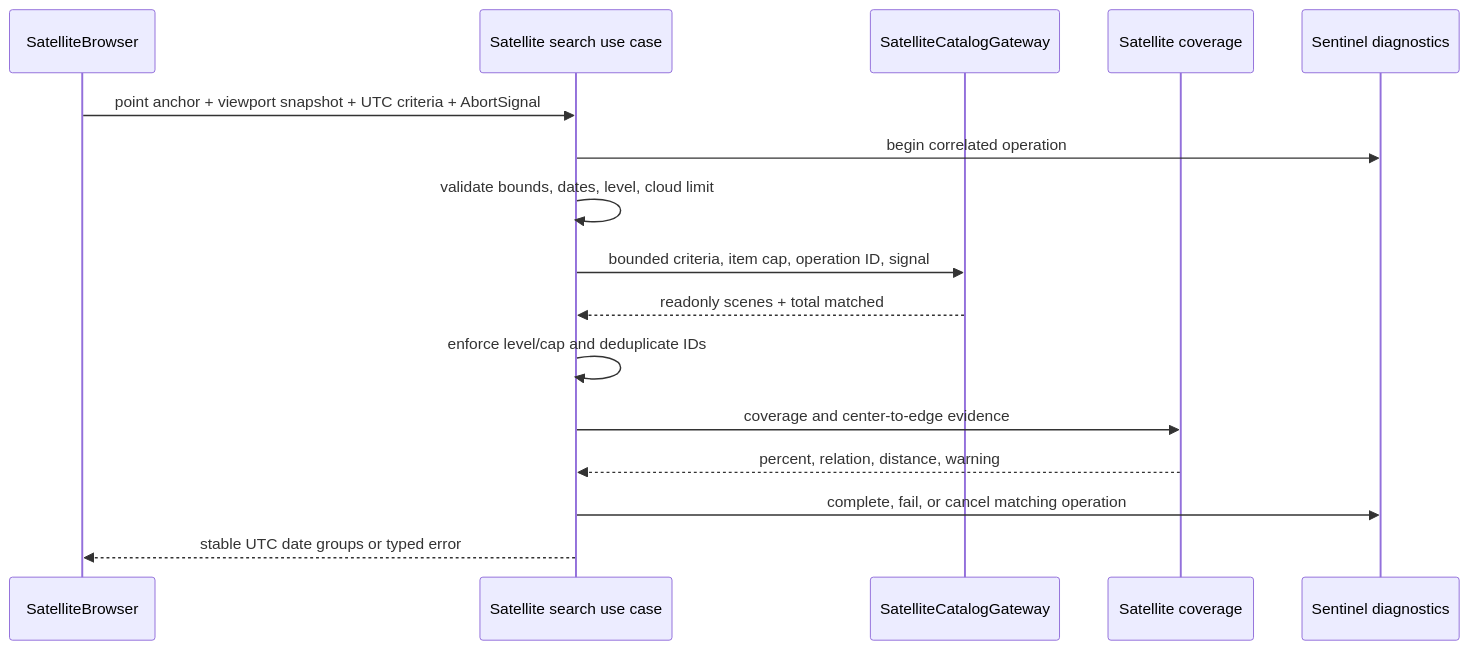
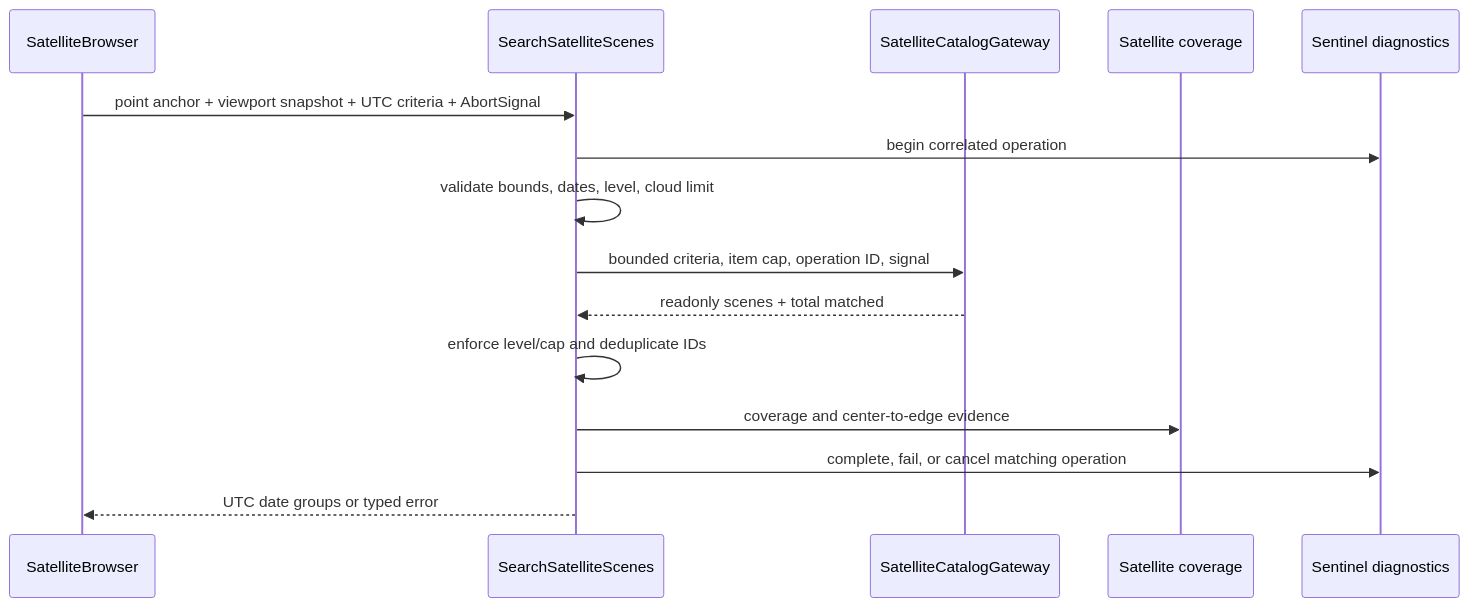
Before and after one commit to bogdandm/georgia-routing-planner: the third of 8 diagrams in docs/runtime-flows.md, drawn with Mermaid. The commit also changed other lines of this file and 7 other files, not shown here.

````diff
--- a/docs/runtime-flows.md
+++ b/docs/runtime-flows.md
@@ -570,19 +160,18 @@
 ```mermaid
 sequenceDiagram
   participant Command as SatelliteBrowser
-  participant UseCase as Satellite search use case
+  participant UseCase as SearchSatelliteScenes
   participant Gateway as SatelliteCatalogGateway
   participant Geometry as Satellite coverage
   participant Timeline as Sentinel diagnostics
 
   Command->>UseCase: point anchor + viewport snapshot + UTC criteria + AbortSignal
   UseCase->>Timeline: begin correlated operation
   UseCase->>UseCase: validate bounds, dates, level, cloud limit
   UseCase->>Gateway: bounded criteria, item cap, operation ID, signal
   Gateway-->>UseCase: readonly scenes + total matched
   UseCase->>UseCase: enforce level/cap and deduplicate IDs
   UseCase->>Geometry: coverage and center-to-edge evidence
-  Geometry-->>UseCase: percent, relation, distance, warning
   UseCase->>Timeline: complete, fail, or cancel matching operation
-  UseCase-->>Command: stable UTC date groups or typed error
+  UseCase-->>Command: UTC date groups or typed error
 ```
````
